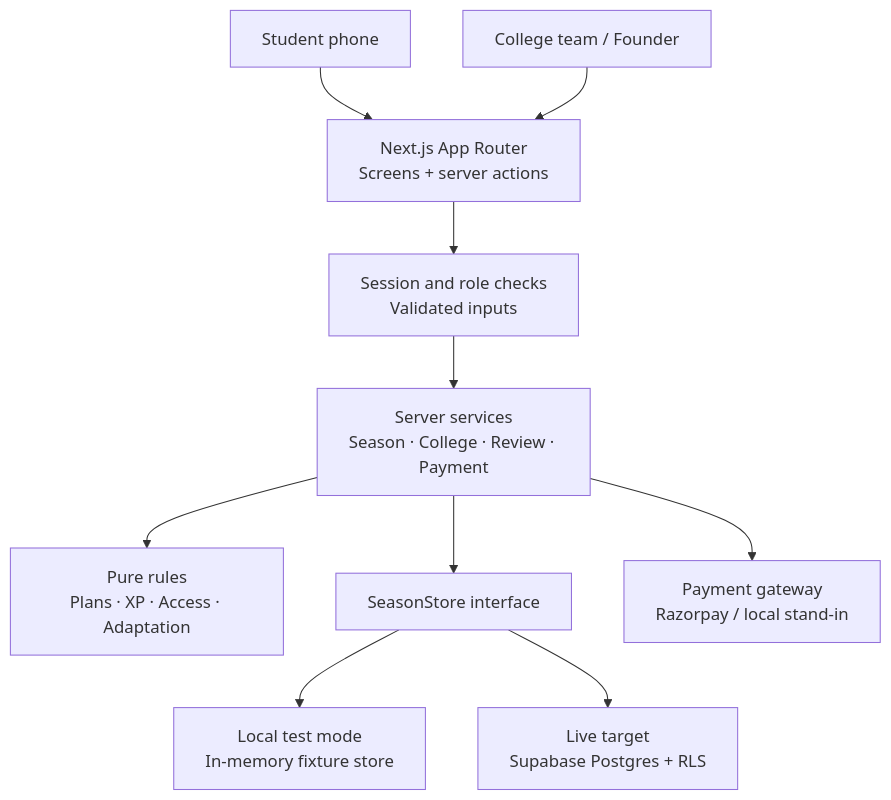
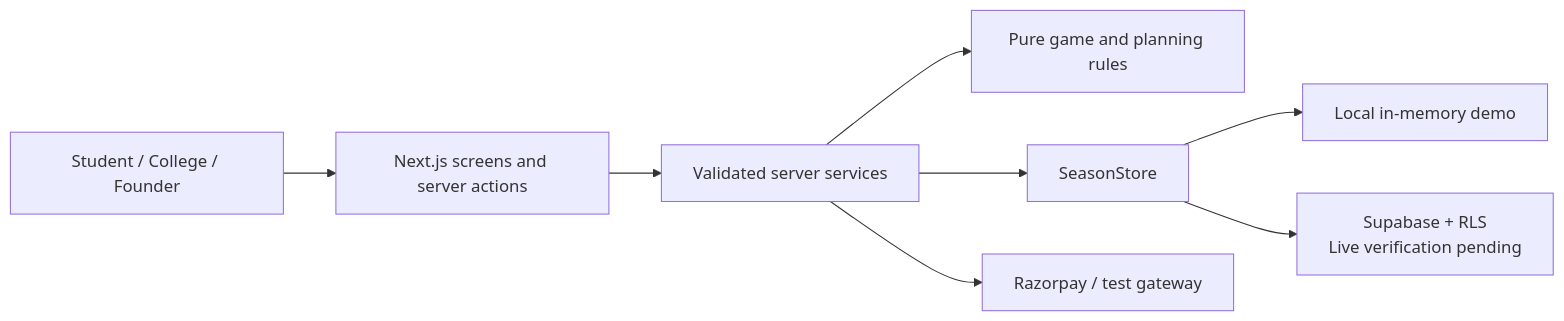
The diagram in README.md (akhil-itpro/empire-os), drawn with Mermaid before and after one commit. The commit also changed other lines of this file and 8 other files, not shown here.

````diff
--- a/README.md
+++ b/README.md
@@ -79,12 +77,10 @@
-~~~mermaid
-flowchart TD
-    Student["Student phone"] --> App["Next.js App Router<br/>Screens + server actions"]
-    College["College team / Founder"] --> App
-    App --> Identity["Session and role checks<br/>Validated inputs"]
-    Identity --> Services["Server services<br/>Season · College · Review · Payment"]
-    Services --> Rules["Pure rules<br/>Plans · XP · Access · Adaptation"]
-    Services --> Store["SeasonStore interface"]
-    Store --> Memory["Local test mode<br/>In-memory fixture store"]
-    Store --> Supabase["Live target<br/>Supabase Postgres + RLS"]
-    Services --> Payments["Payment gateway<br/>Razorpay / local stand-in"]
-~~~
+```mermaid
+flowchart LR
+    UI[Student / College / Founder] --> App[Next.js screens and server actions]
+    App --> Services[Validated server services]
+    Services --> Rules[Pure game and planning rules]
+    Services --> Store[SeasonStore]
+    Store --> Memory[Local in-memory demo]
+    Store --> Database[Supabase + RLS<br/>Live verification pending]
+    Services --> Gateway[Razorpay / test gateway]
+```
````
